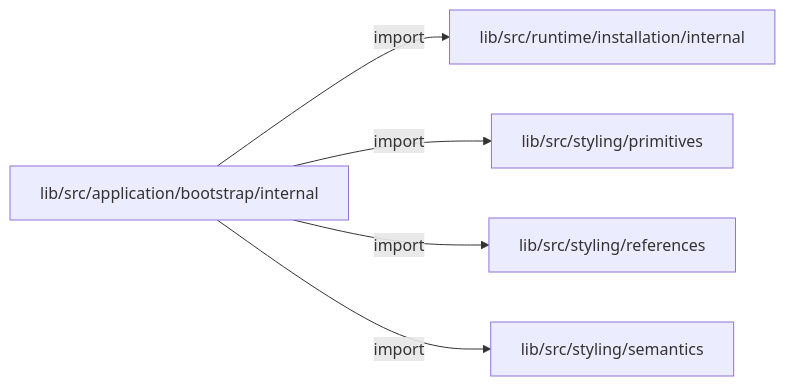
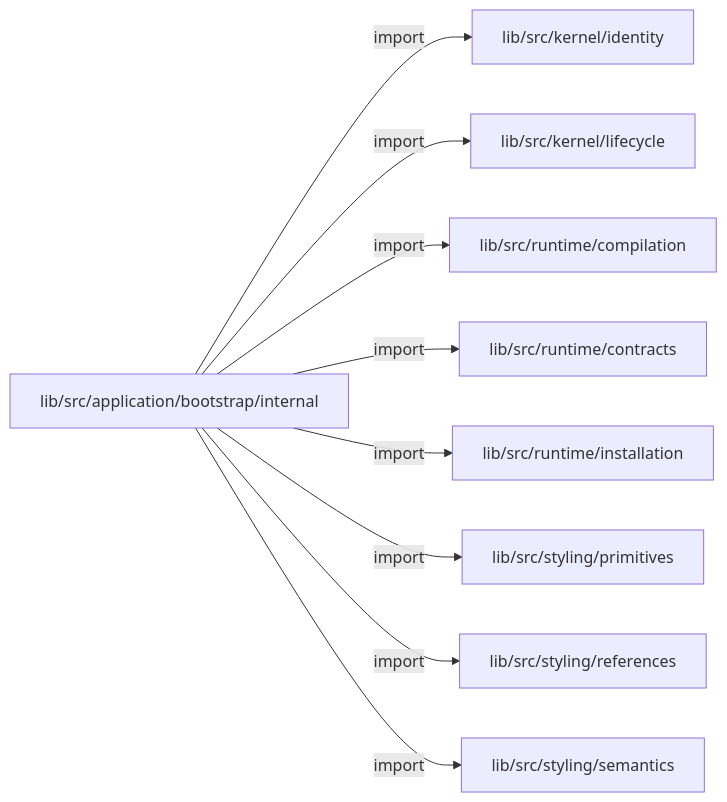
One commit to MiuDog/Kallopis changed the second of 3 diagrams in docs/architecture/src/application/bootstrap/internal/README.md. Above: the diagram before and after it, drawn with Mermaid. The commit also changed other lines of this file and 9688 other files, not shown here.

Commit message:
Prepare isolated Flow F2 peer baseline

````diff
--- a/docs/architecture/src/application/bootstrap/internal/README.md
+++ b/docs/architecture/src/application/bootstrap/internal/README.md
@@ -40,12 +40,20 @@
 ```mermaid
 flowchart LR
 	n0["lib/src/application/bootstrap/internal"]
-	n1["lib/src/runtime/installation/internal"]
-	n2["lib/src/styling/primitives"]
-	n3["lib/src/styling/references"]
-	n4["lib/src/styling/semantics"]
+	n1["lib/src/kernel/identity"]
+	n2["lib/src/kernel/lifecycle"]
+	n3["lib/src/runtime/compilation"]
+	n4["lib/src/runtime/contracts"]
+	n5["lib/src/runtime/installation"]
+	n6["lib/src/styling/primitives"]
+	n7["lib/src/styling/references"]
+	n8["lib/src/styling/semantics"]
 	n0 -->|"import"| n1
 	n0 -->|"import"| n2
 	n0 -->|"import"| n3
 	n0 -->|"import"| n4
+	n0 -->|"import"| n5
+	n0 -->|"import"| n6
+	n0 -->|"import"| n7
+	n0 -->|"import"| n8
 ```
````
